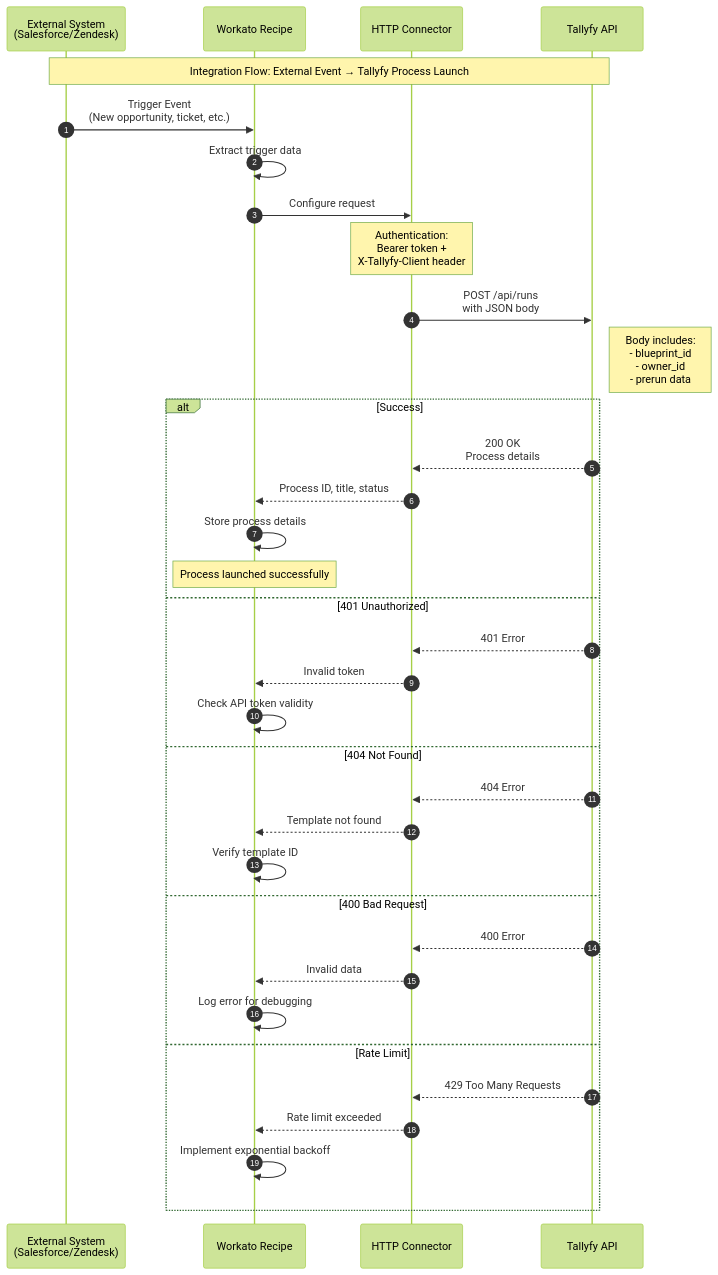
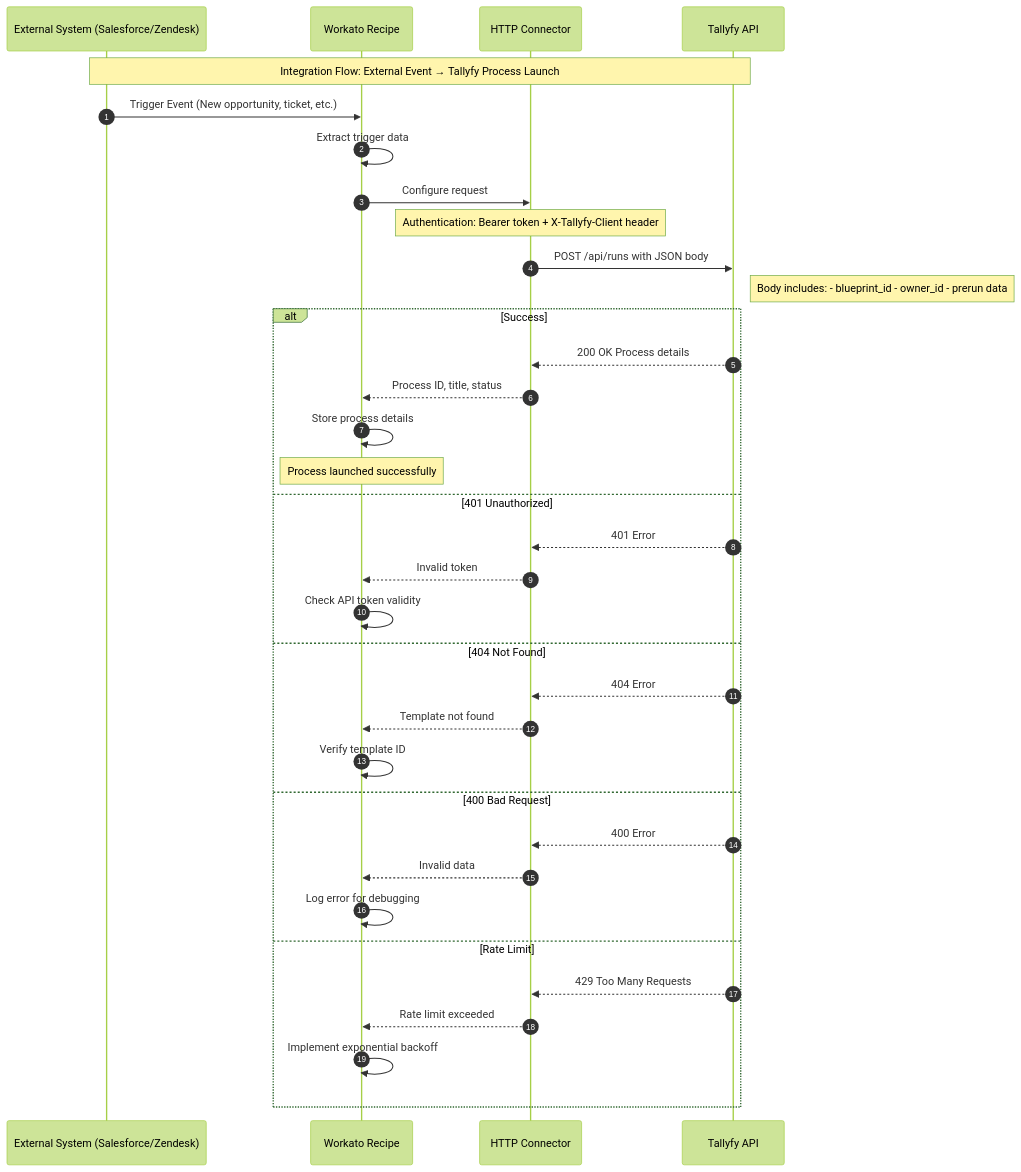
Before and after one commit to tallyfy/documentation: the diagram in src/content/docs/pro/integrations/middleware/workato/how-to-launch-tallyfy-processes-from-workato.mdx, drawn with Mermaid (forest theme). The commit also changed 46 other files, not shown here.

Commit message:
Update Mermaid notation

````diff
--- a/src/content/docs/pro/integrations/middleware/workato/how-to-launch-tallyfy-processes-from-workato.mdx
+++ b/src/content/docs/pro/integrations/middleware/workato/how-to-launch-tallyfy-processes-from-workato.mdx
@@ -25,42 +25,42 @@
 ```mermaid
 sequenceDiagram
-    autonumber
-    participant ES as External System<br/>(Salesforce/Zendesk)
-    participant W as Workato Recipe
-    participant HTTP as HTTP Connector
-    participant T as Tallyfy API
-    
-    Note over ES,T: Integration Flow: External Event → Tallyfy Process Launch
-    
-    ES->>W: Trigger Event<br/>(New opportunity, ticket, etc.)
-    W->>W: Extract trigger data
-    W->>HTTP: Configure request
-    
-    Note over HTTP: Authentication:<br/>Bearer token +<br/>X-Tallyfy-Client header
-    
-    HTTP->>T: POST /api/runs<br/>with JSON body
-    Note right of T: Body includes:<br/>- blueprint_id<br/>- owner_id<br/>- prerun data
-    
-    alt Success
-        T-->>HTTP: 200 OK<br/>Process details
-        HTTP-->>W: Process ID, title, status
-        W->>W: Store process details
-        Note over W: Process launched successfully
-    else 401 Unauthorized
-        T-->>HTTP: 401 Error
-        HTTP-->>W: Invalid token
-        W->>W: Check API token validity
-    else 404 Not Found
-        T-->>HTTP: 404 Error
-        HTTP-->>W: Template not found
-        W->>W: Verify template ID
-    else 400 Bad Request
-        T-->>HTTP: 400 Error
-        HTTP-->>W: Invalid data
-        W->>W: Log error for debugging
-    else Rate Limit
-        T-->>HTTP: 429 Too Many Requests
-        HTTP-->>W: Rate limit exceeded
-        W->>W: Implement exponential backoff
-    end
+ autonumber
+ participant ES as External System (Salesforce/Zendesk)
+ participant W as Workato Recipe
+ participant HTTP as HTTP Connector
+ participant T as Tallyfy API
+ 
+ Note over ES,T: Integration Flow: External Event → Tallyfy Process Launch
+ 
+ ES->>W: Trigger Event (New opportunity, ticket, etc.)
+ W->>W: Extract trigger data
+ W->>HTTP: Configure request
+ 
+ Note over HTTP: Authentication: Bearer token + X-Tallyfy-Client header
+ 
+ HTTP->>T: POST /api/runs with JSON body
+ Note right of T: Body includes: - blueprint_id - owner_id - prerun data
+ 
+ alt Success
+ T-->>HTTP: 200 OK Process details
+ HTTP-->>W: Process ID, title, status
+ W->>W: Store process details
+ Note over W: Process launched successfully
+ else 401 Unauthorized
+ T-->>HTTP: 401 Error
+ HTTP-->>W: Invalid token
+ W->>W: Check API token validity
+ else 404 Not Found
+ T-->>HTTP: 404 Error
+ HTTP-->>W: Template not found
+ W->>W: Verify template ID
+ else 400 Bad Request
+ T-->>HTTP: 400 Error
+ HTTP-->>W: Invalid data
+ W->>W: Log error for debugging
+ else Rate Limit
+ T-->>HTTP: 429 Too Many Requests
+ HTTP-->>W: Rate limit exceeded
+ W->>W: Implement exponential backoff
+ end
 ```
````
